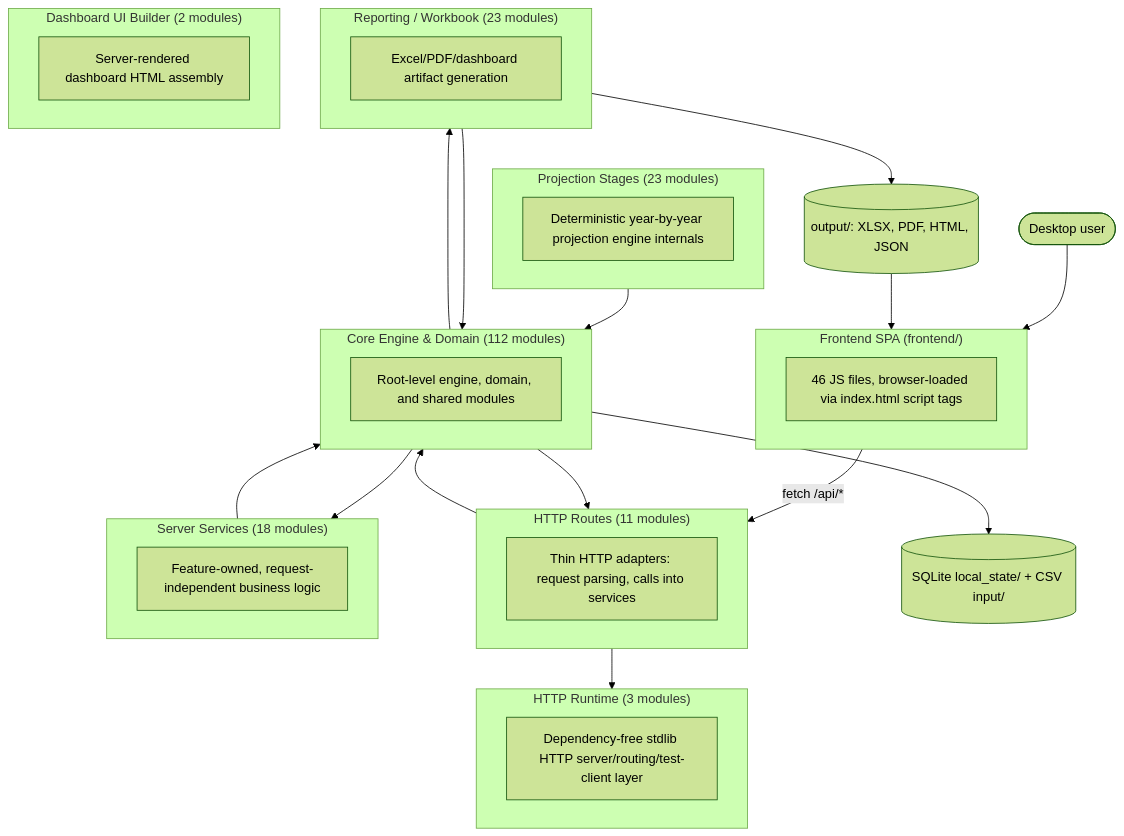
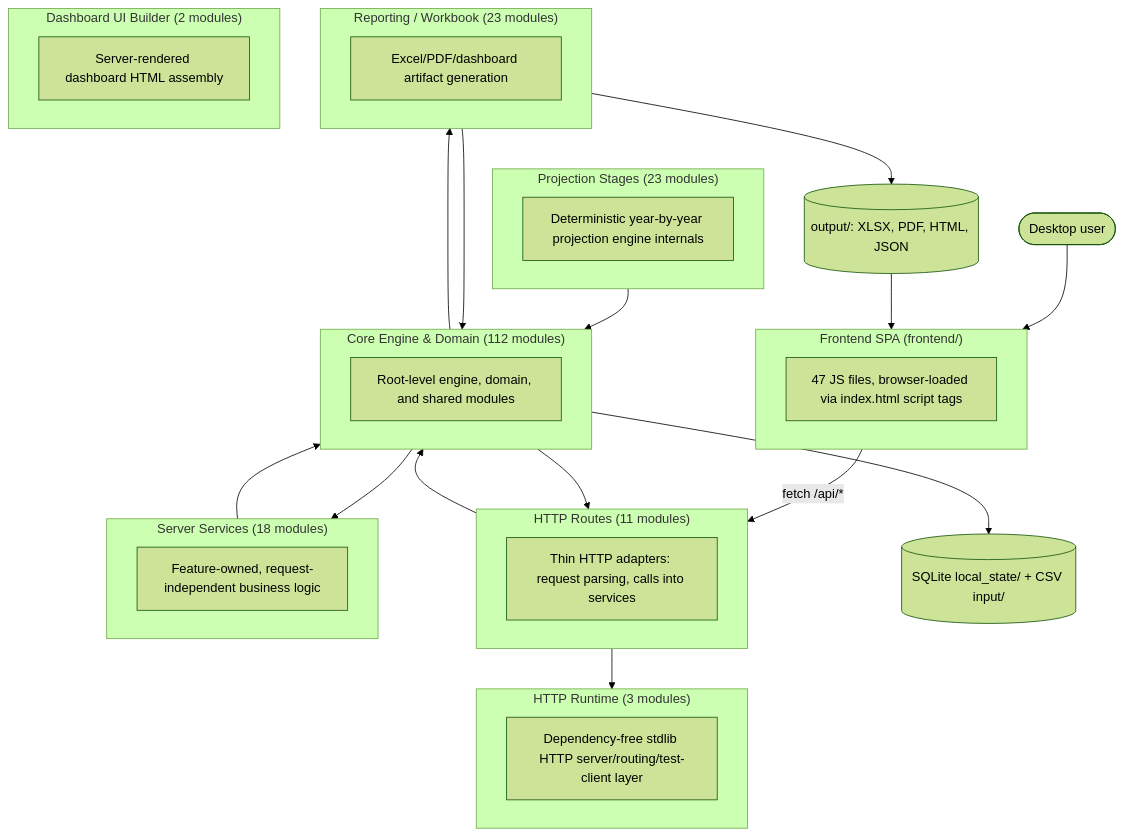
One commit to matthartzman/retirement_system changed the first of 2 diagrams in documentation/reference/SYSTEM_ARCHITECTURE_DIAGRAM.md. Above: the diagram before and after it, drawn with Mermaid (forest theme). The commit also changed other lines of this file and 14 other files, not shown here.

````diff
--- a/documentation/reference/SYSTEM_ARCHITECTURE_DIAGRAM.md
+++ b/documentation/reference/SYSTEM_ARCHITECTURE_DIAGRAM.md
@@ -11,40 +11,40 @@
 ```mermaid
 flowchart TB
     User(["Desktop user"]) --> FE
     subgraph FE["Frontend SPA (frontend/)"]
-        FEcount["46 JS files, browser-loaded via index.html script tags"]
+        FEcount["47 JS files, browser-loaded via index.html script tags"]
     end
     FE -->|fetch /api/*| L_HTTP_Routes
     subgraph L_HTTP_Routes["HTTP Routes (11 modules)"]
         L_HTTP_Routes_d["Thin HTTP adapters: request parsing, calls into services"]
     end
     subgraph L_Server_Services["Server Services (18 modules)"]
         L_Server_Services_d["Feature-owned, request-independent business logic"]
     end
     subgraph L_HTTP_Runtime["HTTP Runtime (3 modules)"]
         L_HTTP_Runtime_d["Dependency-free stdlib HTTP server/routing/test-client layer"]
     end
     subgraph L_Core_Engine___Domain["Core Engine & Domain (112 modules)"]
         L_Core_Engine___Domain_d["Root-level engine, domain, and shared modules"]
     end
     subgraph L_Projection_Stages["Projection Stages (23 modules)"]
         L_Projection_Stages_d["Deterministic year-by-year projection engine internals"]
     end
     subgraph L_Reporting___Workbook["Reporting / Workbook (23 modules)"]
         L_Reporting___Workbook_d["Excel/PDF/dashboard artifact generation"]
     end
     subgraph L_Dashboard_UI_Builder["Dashboard UI Builder (2 modules)"]
         L_Dashboard_UI_Builder_d["Server-rendered dashboard HTML assembly"]
     end
     L_Core_Engine___Domain --> L_HTTP_Routes
     L_Core_Engine___Domain --> L_Reporting___Workbook
     L_Core_Engine___Domain --> L_Server_Services
     L_HTTP_Routes --> L_Core_Engine___Domain
     L_HTTP_Routes --> L_HTTP_Runtime
     L_Projection_Stages --> L_Core_Engine___Domain
     L_Reporting___Workbook --> L_Core_Engine___Domain
     L_Server_Services --> L_Core_Engine___Domain
     L_Core_Engine___Domain --> DB[("SQLite local_state/ + CSV input/")]
     L_Reporting___Workbook --> Outputs[("output/: XLSX, PDF, HTML, JSON")]
     Outputs --> FE
 ```
````
